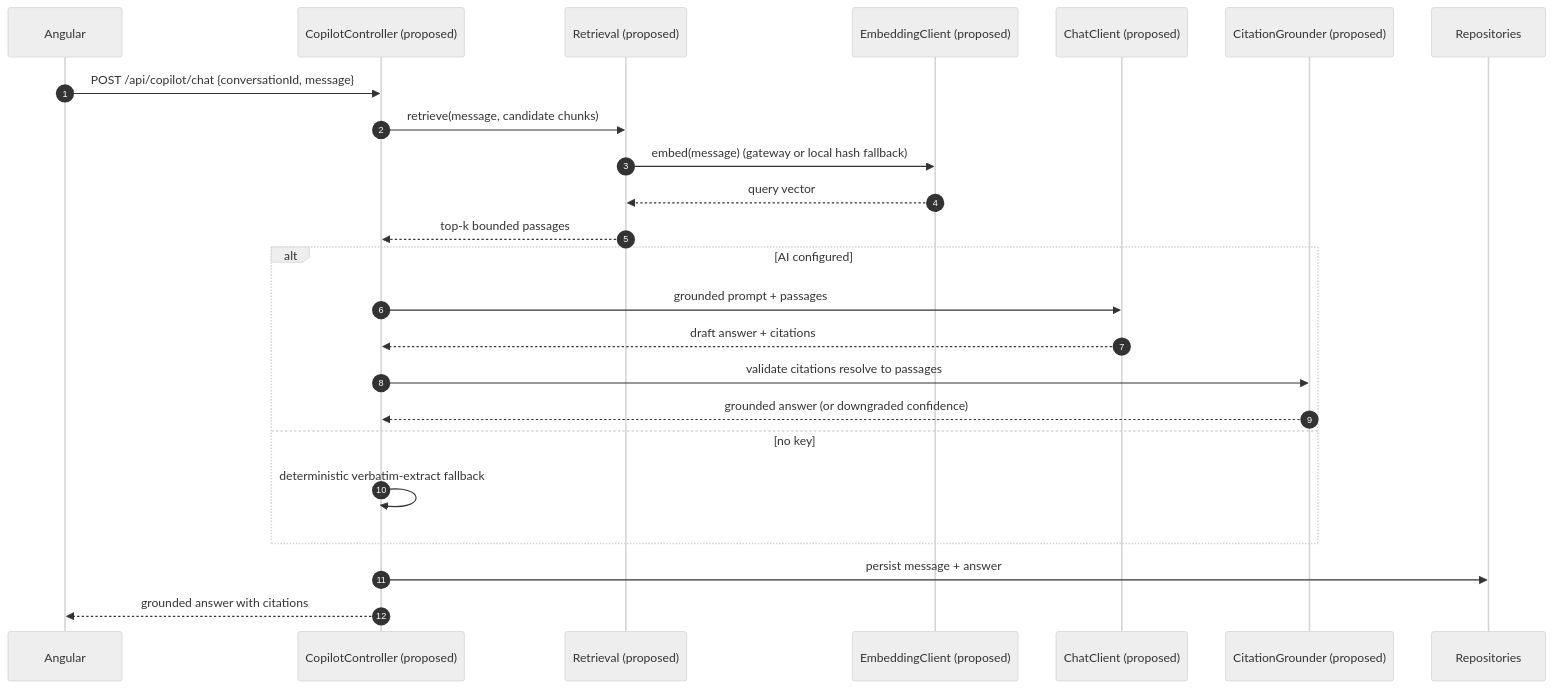
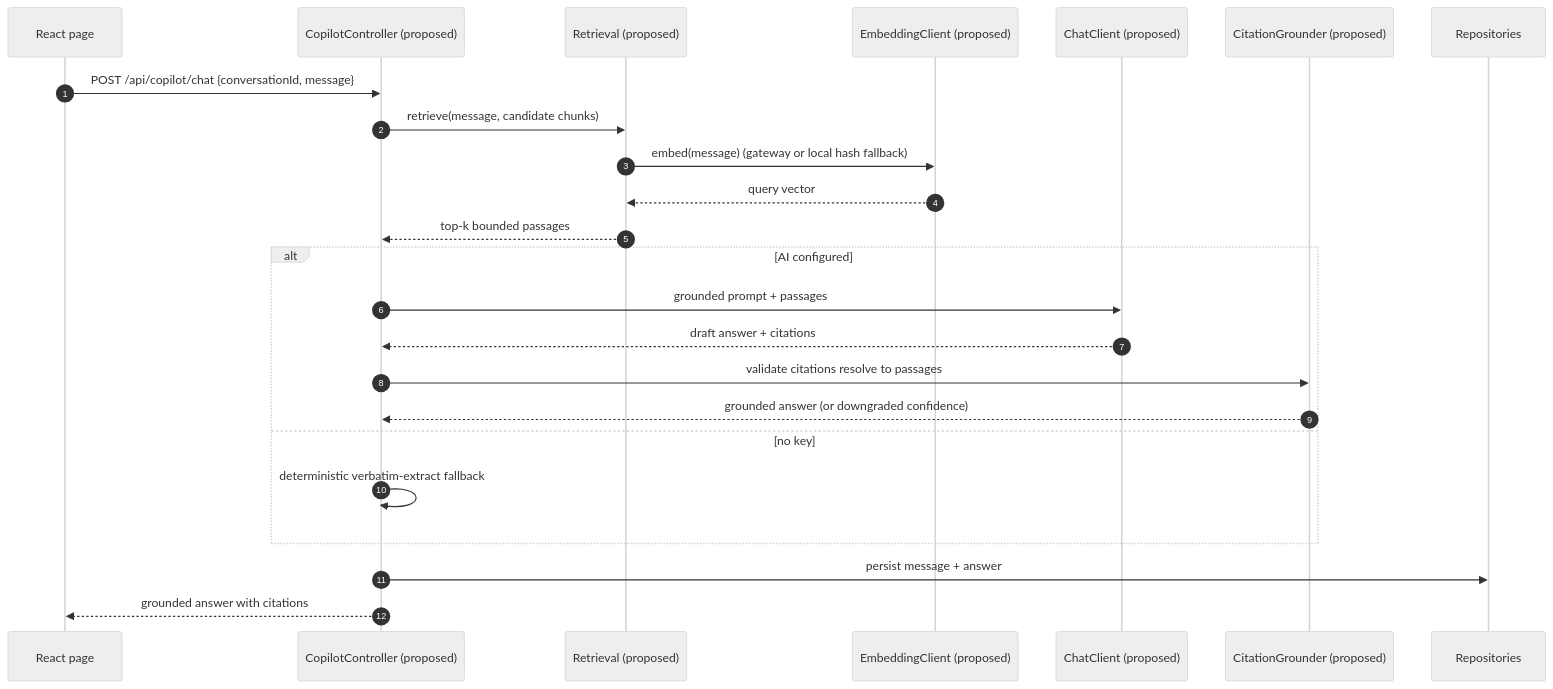
One commit to elel-m-b/CareerPilot changed the ninth of 14 diagrams in docs/UML_DIAGRAMS.md. Above: the diagram before and after it, drawn with Mermaid (neutral theme). The commit also changed other lines of this file and 173 other files, not shown here.

````diff
--- a/docs/UML_DIAGRAMS.md
+++ b/docs/UML_DIAGRAMS.md
@@ -402,27 +402,27 @@
 ```mermaid
 sequenceDiagram
     autonumber
-    participant UI as Angular
+    participant UI as React page
     participant Ctl as CopilotController (proposed)
     participant R as Retrieval (proposed)
     participant E as EmbeddingClient (proposed)
     participant Chat as ChatClient (proposed)
     participant G as CitationGrounder (proposed)
     participant DB as Repositories
 
     UI->>Ctl: POST /api/copilot/chat {conversationId, message}
     Ctl->>R: retrieve(message, candidate chunks)
     R->>E: embed(message) (gateway or local hash fallback)
     E-->>R: query vector
     R-->>Ctl: top-k bounded passages
     alt AI configured
         Ctl->>Chat: grounded prompt + passages
         Chat-->>Ctl: draft answer + citations
         Ctl->>G: validate citations resolve to passages
         G-->>Ctl: grounded answer (or downgraded confidence)
     else no key
         Ctl->>Ctl: deterministic verbatim-extract fallback
     end
     Ctl->>DB: persist message + answer
     Ctl-->>UI: grounded answer with citations
 ```
````
